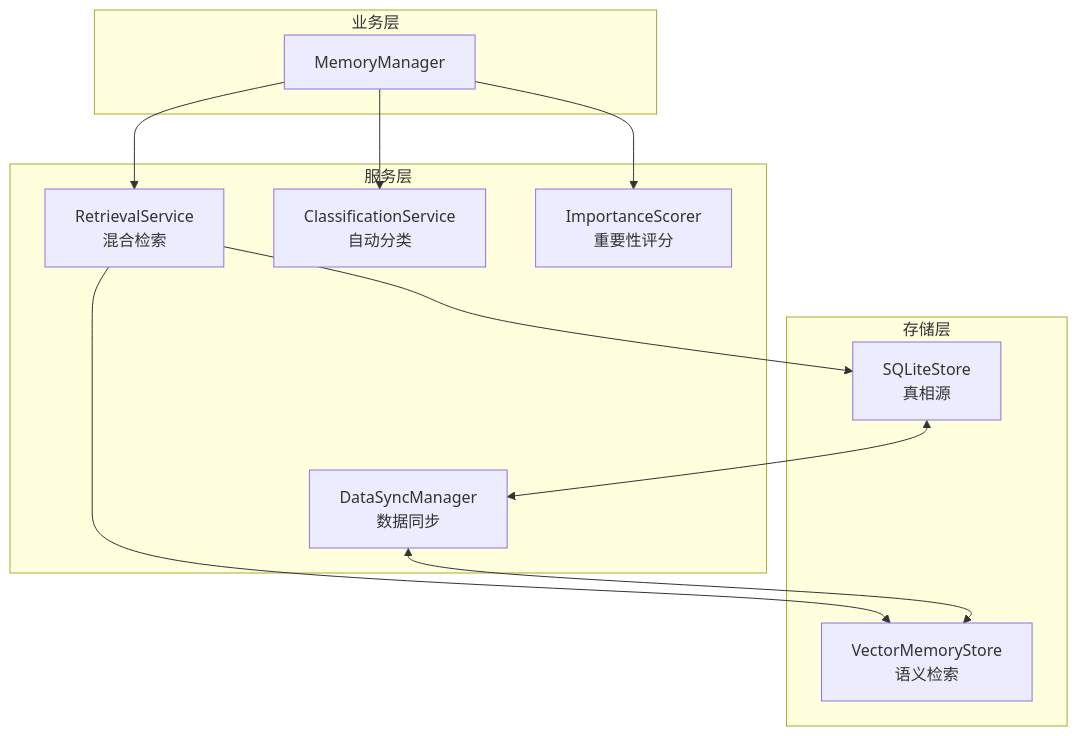
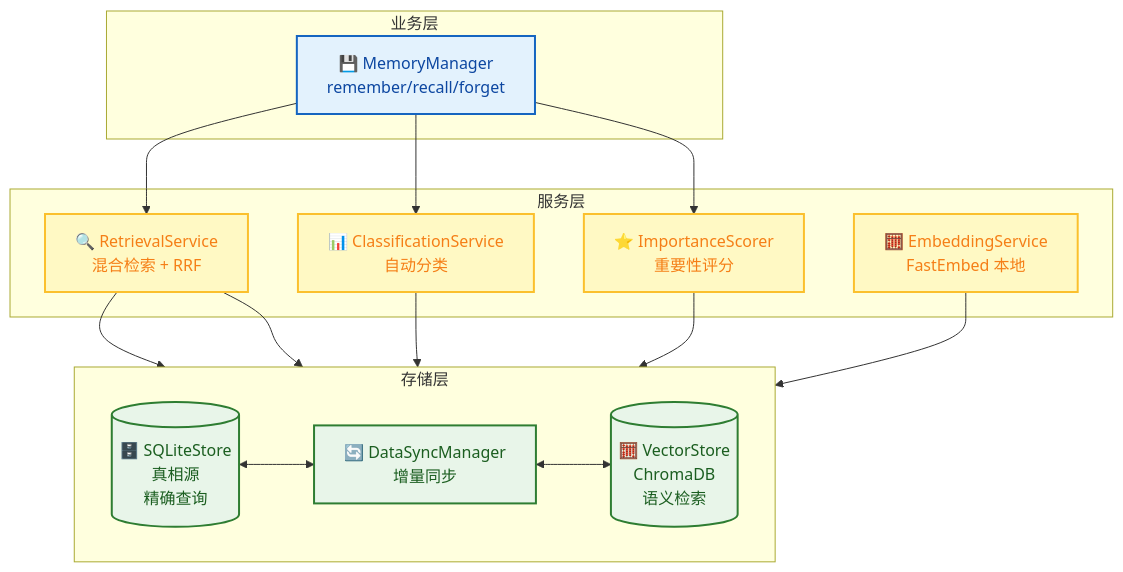
The third of 6 diagrams in docs/zh-CN/blog/finchbot-flexible-ai-agent-framework.md (xt765/FinchBot), drawn with Mermaid before and after one commit. The commit also changed other lines of this file and 18 other files, not shown here.

First line of the commit message:
docs: 简化架构图并删除所有mermaid图中的表情包

````diff
--- a/docs/zh-CN/blog/finchbot-flexible-ai-agent-framework.md
+++ b/docs/zh-CN/blog/finchbot-flexible-ai-agent-framework.md
@@ -248,27 +228,37 @@
 ```mermaid
 flowchart TB
-    subgraph Business[业务层]
-        MM[MemoryManager]
+    %% 样式定义
+    classDef businessLayer fill:#e3f2fd,stroke:#1565c0,stroke-width:2px,color:#0d47a1;
+    classDef serviceLayer fill:#fff9c4,stroke:#fbc02d,stroke-width:2px,color:#f57f17;
+    classDef storageLayer fill:#e8f5e9,stroke:#2e7d32,stroke-width:2px,color:#1b5e20;
+
+    subgraph Business [业务层]
+        MM[💾 MemoryManager<br/>remember/recall/forget]
     end
-  
-    subgraph Storage[存储层]
-        SQLite[SQLiteStore<br/>真相源]
-        Vector[VectorMemoryStore<br/>语义检索]
+    class MM businessLayer
+
+    subgraph Services [服务层]
+        RS[🔍 RetrievalService<br/>混合检索 + RRF]
+        CS[📊 ClassificationService<br/>自动分类]
+        IS[⭐ ImportanceScorer<br/>重要性评分]
+        ES[🧮 EmbeddingService<br/>FastEmbed 本地]
     end
-  
-    subgraph Services[服务层]
-        RS[RetrievalService<br/>混合检索]
-        CS[ClassificationService<br/>自动分类]
-        IS[ImportanceScorer<br/>重要性评分]
-        DS[DataSyncManager<br/>数据同步]
+    class RS,CS,IS,ES serviceLayer
+
+    subgraph Storage [存储层]
+        direction LR
+        SQLite[(🗄️ SQLiteStore<br/>真相源<br/>精确查询)]
+        Vector[(🧮 VectorStore<br/>ChromaDB<br/>语义检索)]
+        DS[🔄 DataSyncManager<br/>增量同步]
     end
-  
-    MM --> RS
-    MM --> CS
-    MM --> IS
-  
-    RS --> SQLite
-    RS --> Vector
-  
+    class SQLite,Vector,DS storageLayer
+
+    %% 连接
+    MM --> RS & CS & IS
+    RS --> SQLite & Vector
+    CS --> SQLite
+    IS --> SQLite
+    ES --> Vector
+    
     SQLite <--> DS <--> Vector
 ```
````
